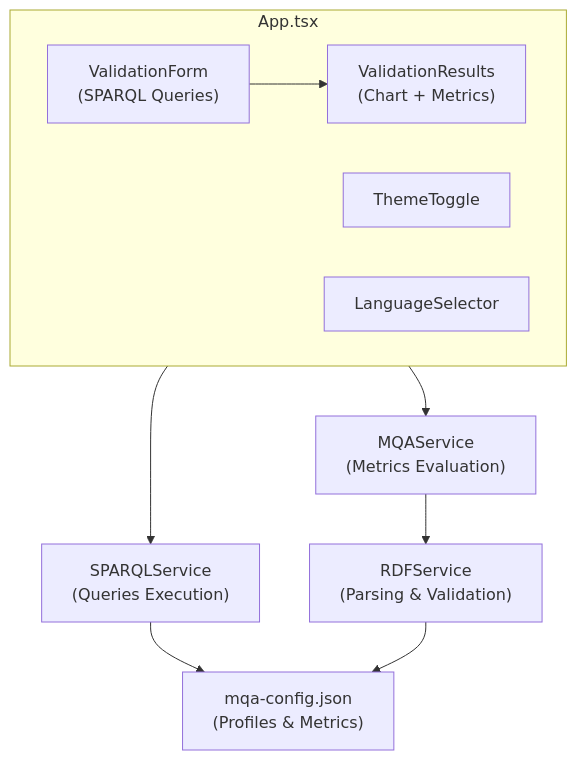
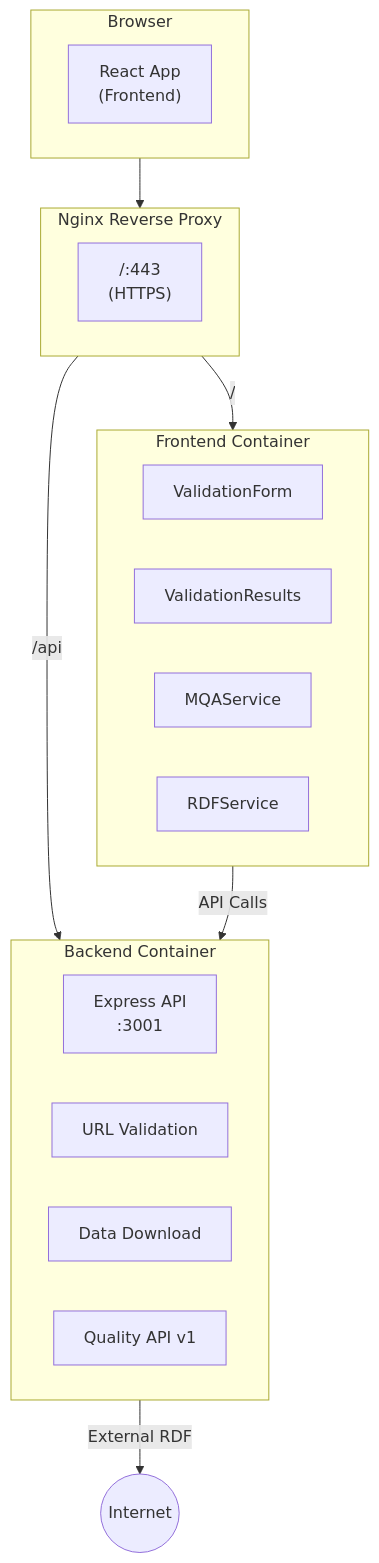
The diagram in README.md (mjanez/metadata-quality-react), drawn with Mermaid before and after one commit. The commit also changed other lines of this file and 14 other files, not shown here.

````diff
--- a/README.md
+++ b/README.md
@@ -808,19 +889,30 @@
 ```mermaid
 flowchart TB
-  subgraph App ["App.tsx"]
-    direction LR
-    VF["ValidationForm\n(SPARQL Queries)"]
-    VR["ValidationResults\n(Chart + Metrics)"]
-    TT["ThemeToggle"]
-    LS["LanguageSelector"]
-    VF --> VR
+  subgraph Client ["Browser"]
+    App["React App\n(Frontend)"]
   end
 
-  App --> MQA["MQAService\n(Metrics Evaluation)"]
-  App --> SPARQL["SPARQLService\n(Queries Execution)"]
+  subgraph Nginx ["Nginx Reverse Proxy"]
+    RP["/:443\n(HTTPS)"]
+  end
 
-  MQA --> RDF["RDFService\n(Parsing & Validation)"]
-  SPARQL --> CONFIG["mqa-config.json\n(Profiles & Metrics)"]
+  subgraph Frontend ["Frontend Container"]
+    VF["ValidationForm"]
+    VR["ValidationResults"]
+    MQA["MQAService"]
+    RDF["RDFService"]
+  end
 
-  RDF --> CONFIG
+  subgraph Backend ["Backend Container"]
+    API["Express API\n:3001"]
+    VAL["URL Validation"]
+    PROXY["Data Download"]
+    QAPI["Quality API v1"]
+  end
+
+  Client --> Nginx
+  Nginx -->|/| Frontend
+  Nginx -->|/api| Backend
+  Frontend -->|API Calls| Backend
+  Backend -->|External RDF| Internet((Internet))
 ```
````
